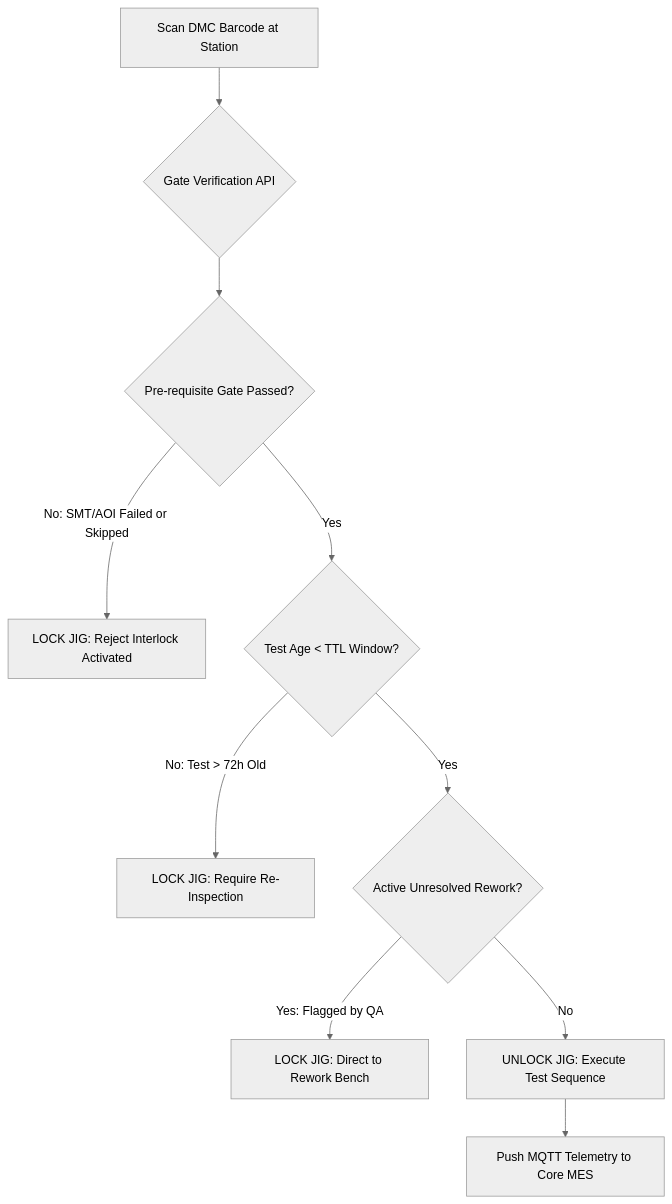
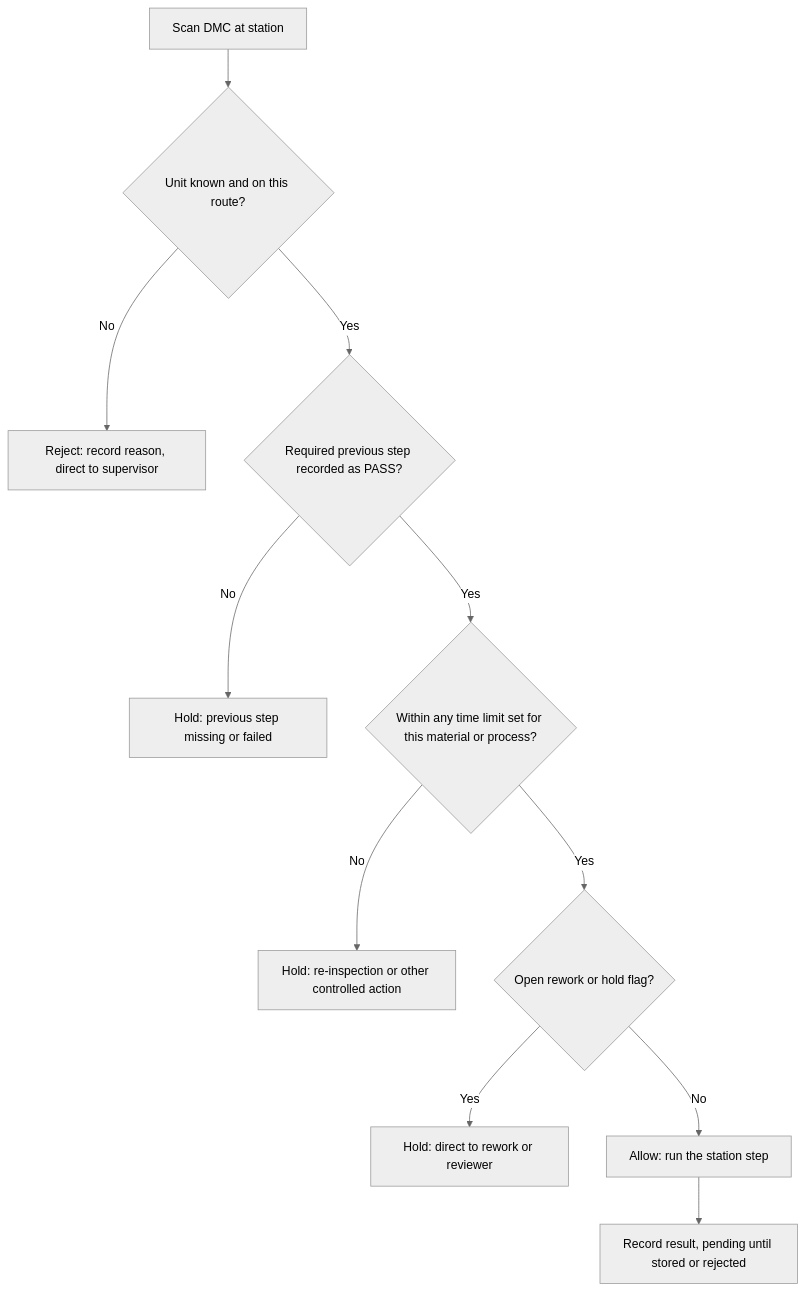
Before and after one commit to Weradech/eng-hub: the diagram in _posts/2026-08-26-shopfloor-dmc-family-traceability.md, drawn with Mermaid (neutral theme). The commit also changed other lines of this file and 6 other files, not shown here.

First line of the commit message:
Add traceability hold scope post and revise DMC traceability post

````diff
--- a/_posts/2026-08-26-shopfloor-dmc-family-traceability.md
+++ b/_posts/2026-08-26-shopfloor-dmc-family-traceability.md
@@ -135,12 +152,13 @@
 ```mermaid
 flowchart TD
-    A[Scan DMC Barcode at Station] --> B{Gate Verification API}
-    B --> C{Pre-requisite Gate Passed?}
-    C -->|No: SMT/AOI Failed or Skipped| D[LOCK JIG: Reject Interlock Activated]
-    C -->|Yes| E{Test Age < TTL Window?}
-    E -->|No: Test > 72h Old| F[LOCK JIG: Require Re-Inspection]
-    E -->|Yes| G{Active Unresolved Rework?}
-    G -->|Yes: Flagged by QA| H[LOCK JIG: Direct to Rework Bench]
-    G -->|No| I[UNLOCK JIG: Execute Test Sequence]
-    I --> J[Push MQTT Telemetry to Core MES]
+    A[Scan DMC at station] --> B{Unit known and on this route?}
+    B -->|No| R[Reject: record reason, direct to supervisor]
+    B -->|Yes| C{Required previous step recorded as PASS?}
+    C -->|No| D[Hold: previous step missing or failed]
+    C -->|Yes| E{Within any time limit set for this material or process?}
+    E -->|No| F[Hold: re-inspection or other controlled action]
+    E -->|Yes| G{Open rework or hold flag?}
+    G -->|Yes| H[Hold: direct to rework or reviewer]
+    G -->|No| I[Allow: run the station step]
+    I --> J[Record result, pending until stored or rejected]
 ```
````
